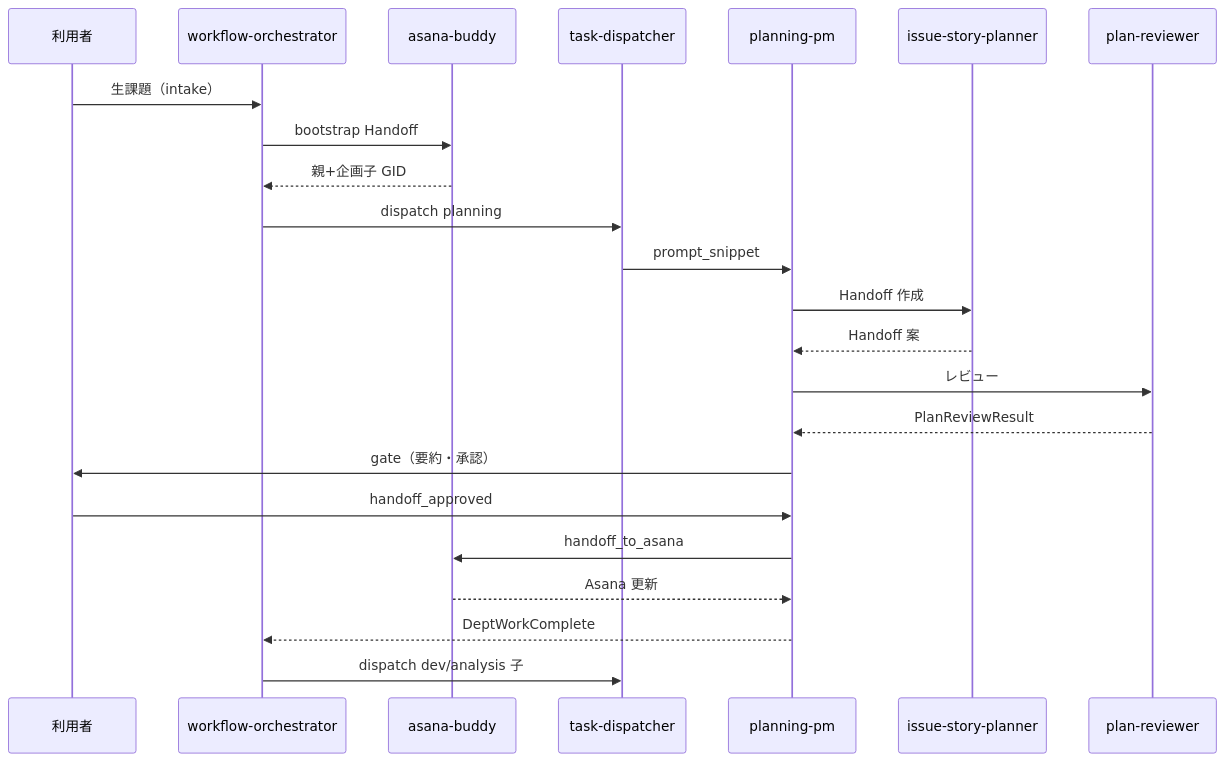
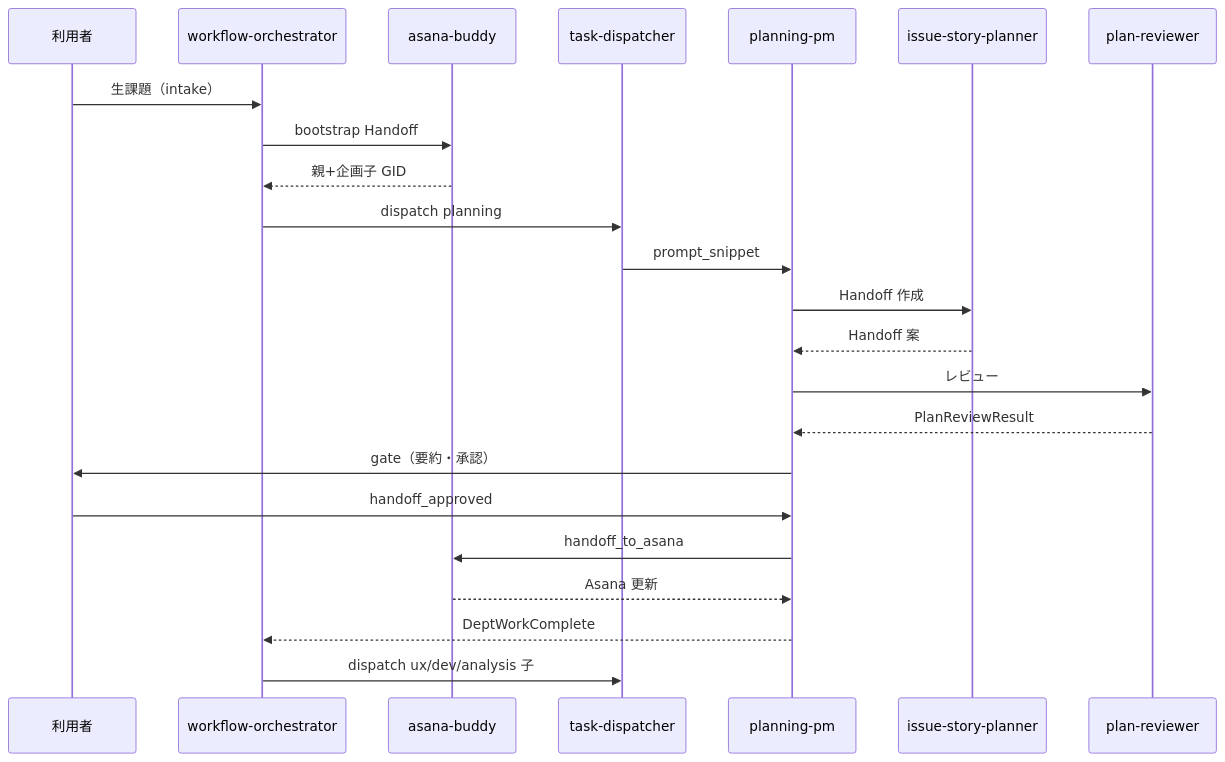
One commit to shin16m/org-operations-agents changed the diagram in docs/design/workflow-io-contract.md. Above: the diagram before and after it, drawn with Mermaid. The commit also changed other lines of this file and 6 other files, not shown here.

````diff
--- a/docs/design/workflow-io-contract.md
+++ b/docs/design/workflow-io-contract.md
@@ -72,26 +84,26 @@
 ```mermaid
 sequenceDiagram
   participant U as 利用者
   participant O as workflow-orchestrator
   participant A as asana-buddy
   participant D as task-dispatcher
   participant PM as planning-pm
   participant P as issue-story-planner
   participant R as plan-reviewer
 
   U->>O: 生課題（intake）
   O->>A: bootstrap Handoff
   A-->>O: 親+企画子 GID
   O->>D: dispatch planning
   D->>PM: prompt_snippet
   PM->>P: Handoff 作成
   P-->>PM: Handoff 案
   PM->>R: レビュー
   R-->>PM: PlanReviewResult
   PM->>U: gate（要約・承認）
   U->>PM: handoff_approved
   PM->>A: handoff_to_asana
   A-->>PM: Asana 更新
   PM-->>O: DeptWorkComplete
-  O->>D: dispatch dev/analysis 子
+  O->>D: dispatch ux/dev/analysis 子
 ```
````
